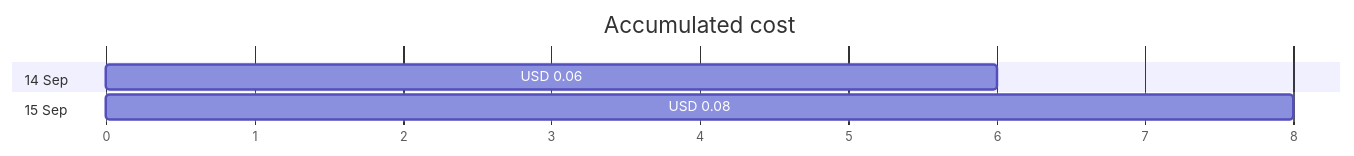
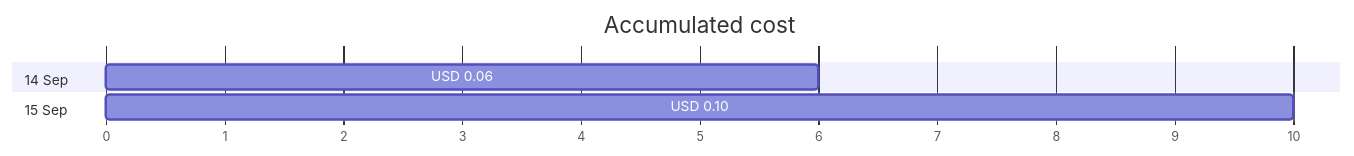
The first of 4 diagrams in cost-reports/personal-network/backup-server_OsDisk.md (jpfulton/azure-personal-reports), drawn with Mermaid before and after one commit. The commit also changed other lines of this file and 14 other files, not shown here.

````diff
--- a/cost-reports/personal-network/backup-server_OsDisk.md
+++ b/cost-reports/personal-network/backup-server_OsDisk.md
@@ -20,10 +20,10 @@
 ```mermaid
 gantt
    title Accumulated cost
    dateFormat  X
    axisFormat %s
    section 14 Sep
    USD 0.06 :0, 6
    section 15 Sep
-   USD 0.08 :0, 8
+   USD 0.10 :0, 10
 ```
````
